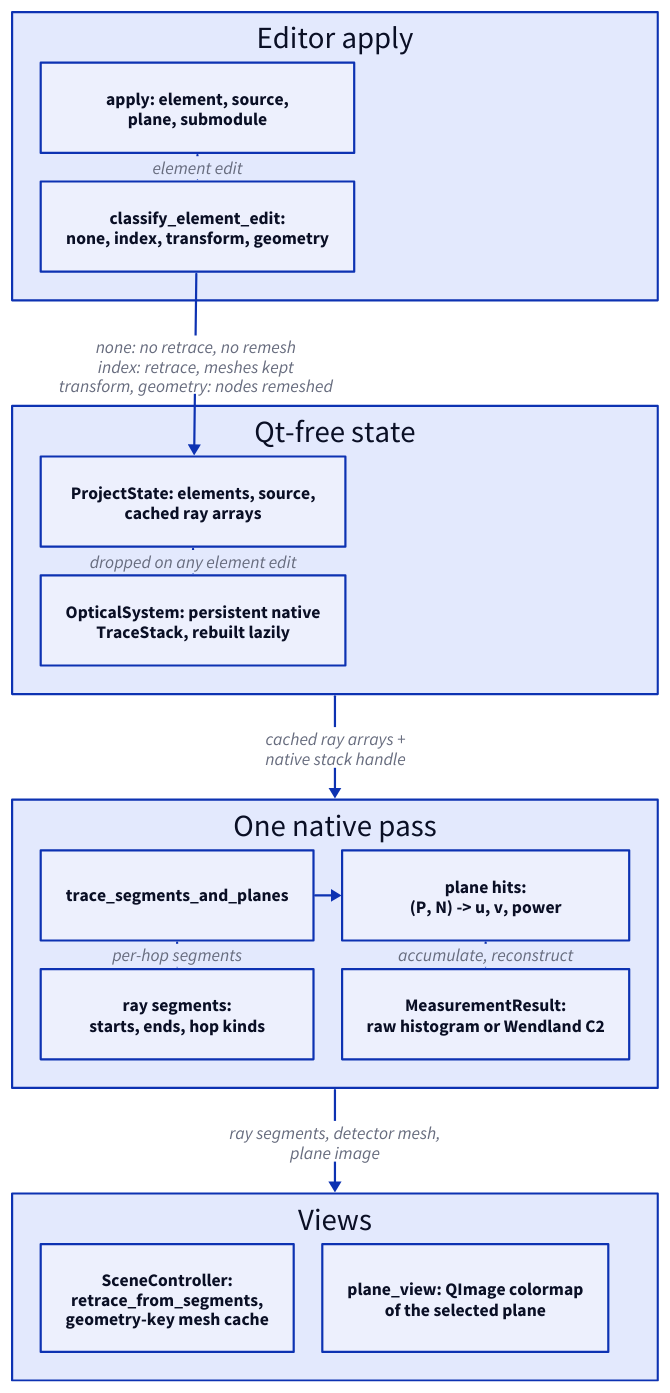
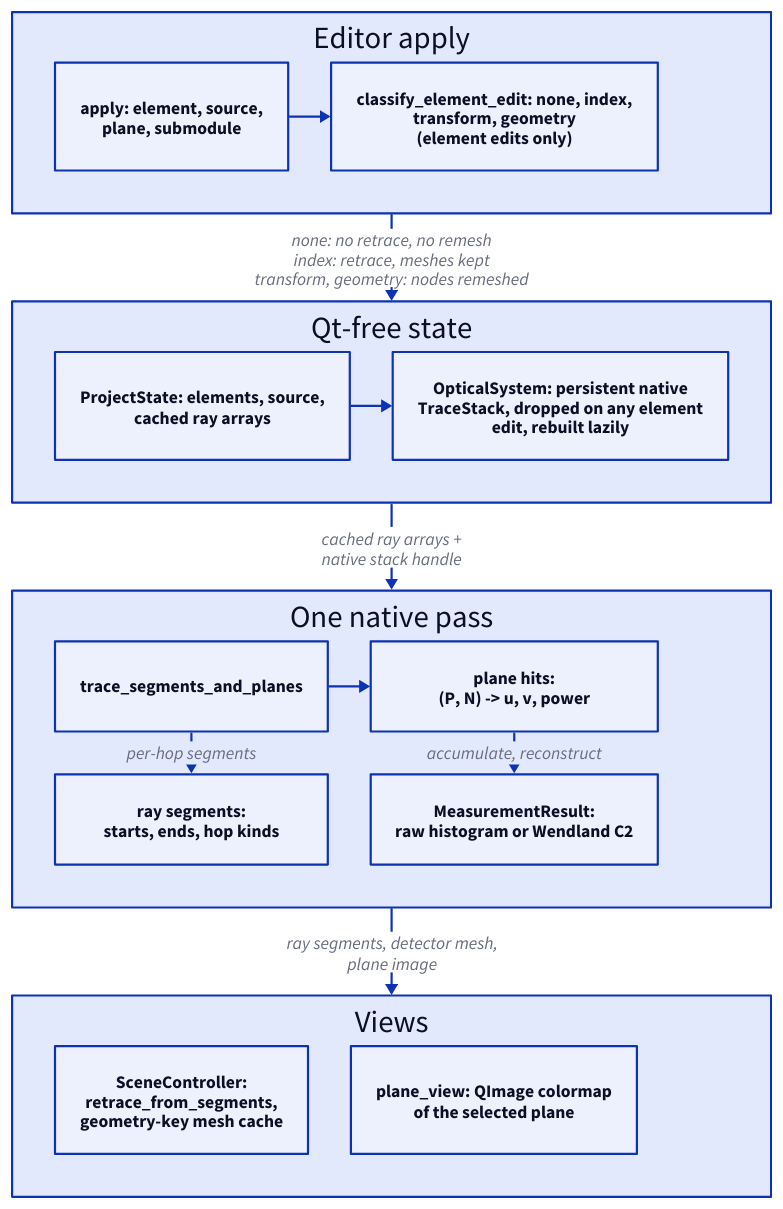
One commit to propane865/OpticsSimulator changed the diagram in docs/diagrams/refresh-dataflow.d2. Above: the diagram before and after it, drawn with D2. The commit also changed 11 other files, not shown here.

Commit message:
docs: rescale diagrams

```diff
--- a/docs/diagrams/refresh-dataflow.d2
+++ b/docs/diagrams/refresh-dataflow.d2
@@ -1,44 +1,44 @@
 grid-rows: 4
-grid-gap: 96
+grid-gap: 80
 
 cmd: "Editor apply" {
-  grid-rows: 2
-  grid-gap: 26
+  grid-columns: 2
+  grid-gap: 39
   ed: "apply: element, source,\nplane, submodule"
-  cls: "classify_element_edit:\nnone, index, transform, geometry"
+  cls: "classify_element_edit: none, index,\ntransform, geometry\n(element edits only)"
 
-  ed -> cls: element edit
+  ed -> cls
 }
 
 st: "Qt-free state" {
-  grid-rows: 2
-  grid-gap: 26
+  grid-columns: 2
+  grid-gap: 39
   state: "ProjectState: elements, source,\ncached ray arrays"
-  sys: "OpticalSystem: persistent native\nTraceStack, rebuilt lazily"
+  sys: "OpticalSystem: persistent native\nTraceStack, dropped on any element\nedit, rebuilt lazily"
 
-  state -> sys: dropped on any element edit
+  state -> sys
 }
 
 nat: "One native pass" {
   grid-columns: 2
-  grid-gap: 26
+  grid-gap: 39
   fused: trace_segments_and_planes
   segs: "ray segments:\nstarts, ends, hop kinds"
   hits: "plane hits:\n(P, N) -> u, v, power"
   res: "MeasurementResult:\nraw histogram or Wendland C2"
 
   fused -> segs: "per-hop segments"
   fused -> hits
   hits -> res: "accumulate, reconstruct"
 }
 
 views: "Views" {
   grid-columns: 2
-  grid-gap: 26
+  grid-gap: 39
   scene: "SceneController:\nretrace_from_segments,\ngeometry-key mesh cache"
   pview: "plane_view: QImage colormap\nof the selected plane"
 }
 
-cmd.cls -> st.state: "none: no retrace, no remesh\nindex: retrace, meshes kept\ntransform, geometry: nodes remeshed"
+cmd -> st: "none: no retrace, no remesh\nindex: retrace, meshes kept\ntransform, geometry: nodes remeshed"
 st -> nat: "cached ray arrays +\nnative stack handle"
 nat -> views: "ray segments, detector mesh,\nplane image"
```
